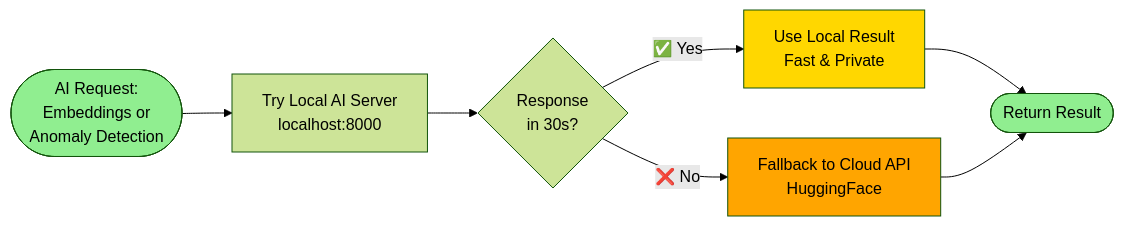
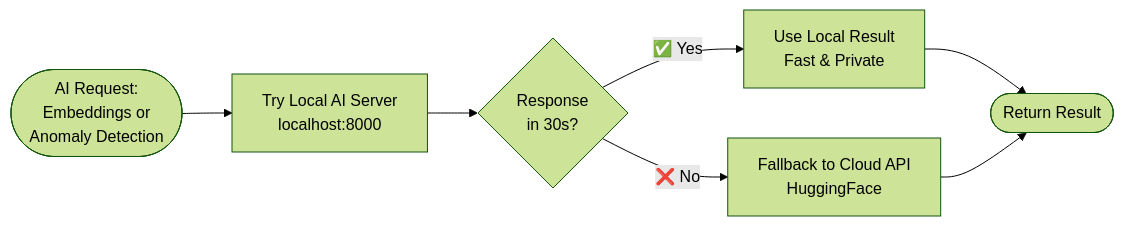
One commit to vikas-hanje/locknshare changed the third of 3 diagrams in SYSTEM_FLOWCHARTS_SIMPLE.md. Above: the diagram before and after it, drawn with Mermaid (forest theme). The commit also changed other lines of this file and 1 other file, not shown here.

Commit message:
clean designs for flowcharts

````diff
--- a/SYSTEM_FLOWCHARTS_SIMPLE.md
+++ b/SYSTEM_FLOWCHARTS_SIMPLE.md
@@ -127,17 +107,12 @@
 ```mermaid
 flowchart LR
     Request([AI Request:<br/>Embeddings or<br/>Anomaly Detection]) --> Try[Try Local AI Server<br/>localhost:8000]
     
     Try --> Check{Response<br/>in 30s?}
     
     Check -->|✅ Yes| Local[Use Local Result<br/>Fast & Private]
     Check -->|❌ No| Cloud[Fallback to Cloud API<br/>HuggingFace]
     
     Local --> Success([Return Result])
     Cloud --> Success
-    
-    style Request fill:#90EE90
-    style Success fill:#90EE90
-    style Local fill:#FFD700
-    style Cloud fill:#FFA500
 ```
````
